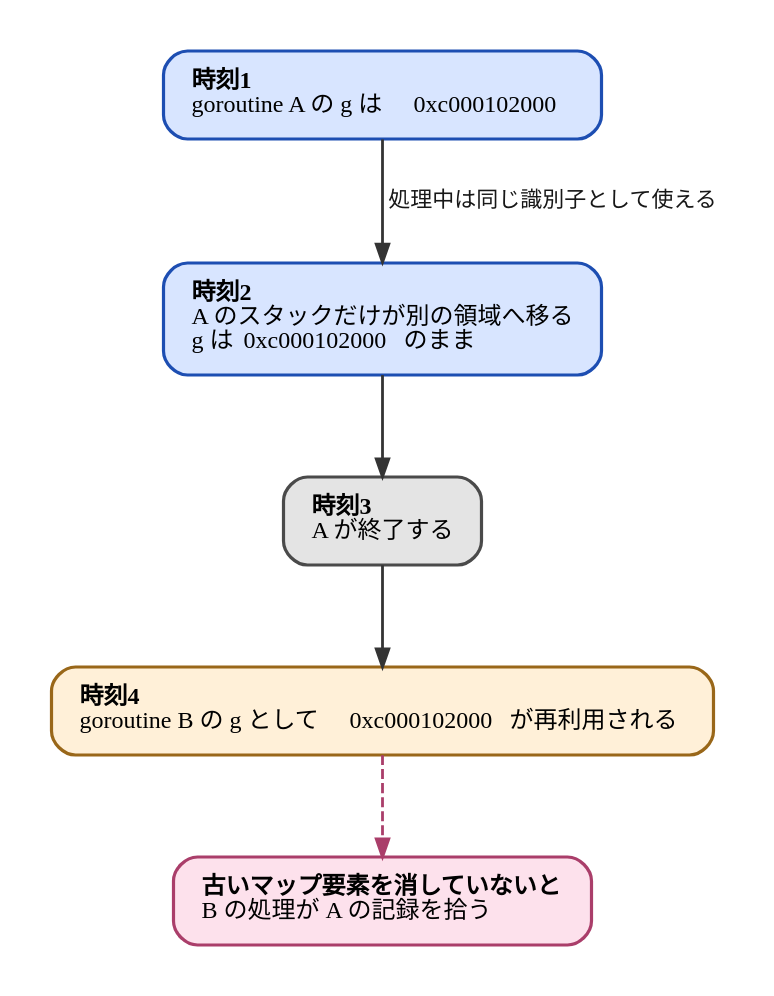
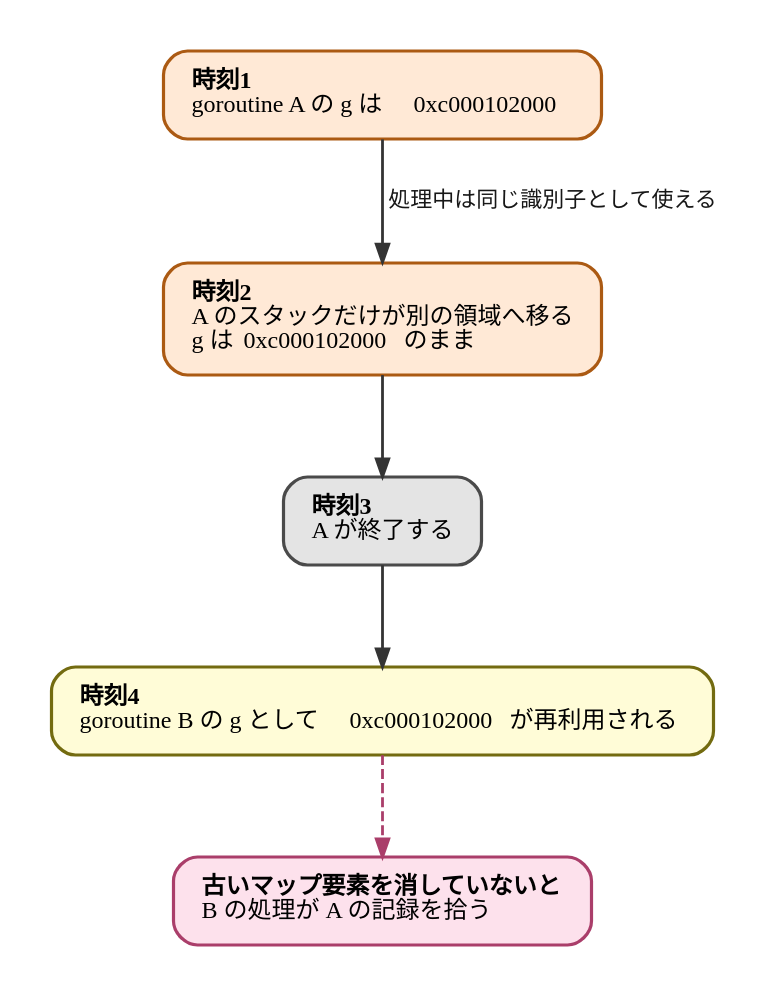
Before and after one commit to ymotongpoo/zenn.dev: the diagram in diagrams/go-ebpf-primer/20260820-g-reuse-timeline.dot, drawn with Graphviz. The commit also changed 109 other files, not shown here.

First line of the commit message:
change(go-ebpf-primer): 図の主系列/ストレージ/補助カテゴリをPrimary/Secondary色に再調整

```diff
--- a/diagrams/go-ebpf-primer/20260820-g-reuse-timeline.dot
+++ b/diagrams/go-ebpf-primer/20260820-g-reuse-timeline.dot
@@ -1,36 +1,36 @@
 // g のアドレスが再利用されるまで
 digraph g_reuse {
   graph [
     fontname="IBM Plex Sans JP", fontsize=13,
     rankdir=TB, compound=true, splines=true,
     nodesep=0.5, ranksep=0.7, pad=0.25,
     bgcolor="white", newrank=true
   ];
   node [
     fontname="IBM Plex Sans JP", fontsize=12,
     shape=box, style="rounded,filled",
     fillcolor="#F1F1F1", color="#4A4A4A", penwidth=1.6,
     margin="0.2,0.14"
   ];
   edge [
     fontname="IBM Plex Sans JP", fontsize=11,
     color="#343434", penwidth=1.4, arrowsize=0.9,
     fontcolor="#171717"
   ];
 
   t1 [label=<<b>時刻1</b><br align="left"/>goroutine A の g は <font face="JetBrains Mono">0xc000102000</font><br align="left"/>>,
-      fillcolor="#D8E5FF", color="#1D4EB2"];
+      fillcolor="#FFE9D6", color="#AB5A13"];
   t2 [label=<<b>時刻2</b><br align="left"/>A のスタックだけが別の領域へ移る<br align="left"/>g は <font face="JetBrains Mono">0xc000102000</font> のまま<br align="left"/>>,
-      fillcolor="#D8E5FF", color="#1D4EB2"];
+      fillcolor="#FFE9D6", color="#AB5A13"];
   t3 [label=<<b>時刻3</b><br align="left"/>A が終了する<br align="left"/>>,
       fillcolor="#E4E4E4"];
   t4 [label=<<b>時刻4</b><br align="left"/>goroutine B の g として <font face="JetBrains Mono">0xc000102000</font> が再利用される<br align="left"/>>,
-      fillcolor="#FFF0D8", color="#996719"];
+      fillcolor="#FFFCD7", color="#736B10"];
   risk [label=<<b>古いマップ要素を消していないと</b><br align="left"/>B の処理が A の記録を拾う<br align="left"/>>,
         fillcolor="#FDE1EC", color="#AA3E6A"];
 
   t1 -> t2 [label=" 処理中は同じ識別子として使える"];
   t2 -> t3;
   t3 -> t4;
   t4 -> risk [style=dashed, color="#AA3E6A"];
 }
```
